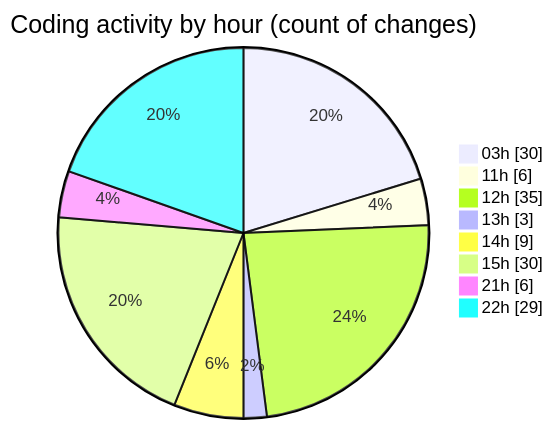
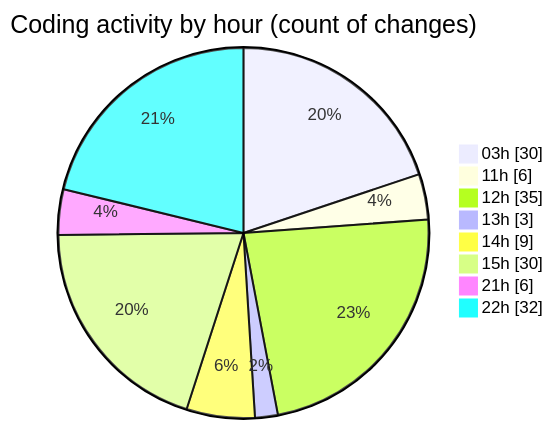
The second of 2 diagrams in 2025-09-13/napxuvn/README.md (lephambinh05/code-tracking), drawn with Mermaid before and after one commit. The commit also changed other lines of this file and 1 other file, not shown here.

````diff
--- a/2025-09-13/napxuvn/README.md
+++ b/2025-09-13/napxuvn/README.md
@@ -88,12 +91,12 @@
 ```mermaid
 pie showData
 title Coding activity by hour (count of changes)
 "03h" : 30
 "11h" : 6
 "12h" : 35
 "13h" : 3
 "14h" : 9
 "15h" : 30
 "21h" : 6
-"22h" : 29
+"22h" : 32
 ```
````
